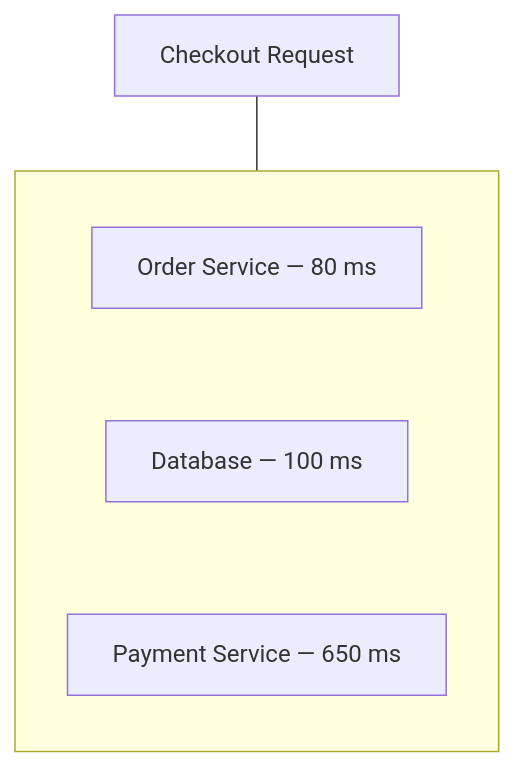
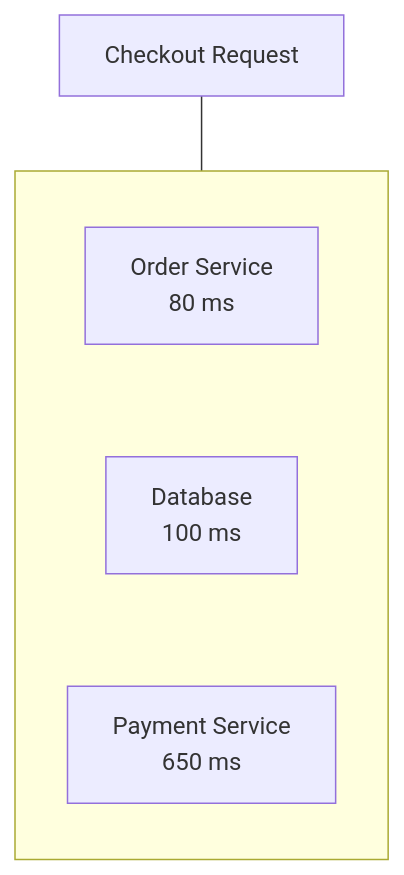
One commit to gitussr/systemly changed the fourth of 11 diagrams in content/10-observability/10.01-observability-fundamentals.md. Above: the diagram before and after it, drawn with Mermaid. The commit also changed 1 other file, not shown here.

Commit message:
10.01, 10.03: put span durations on their own line in trace diagrams
"Validate Cart — 50 ms" wrapped mid-value at 390px; labels now read
"Validate Cart" / "50 ms".

````diff
--- a/content/10-observability/10.01-observability-fundamentals.md
+++ b/content/10-observability/10.01-observability-fundamentals.md
@@ -135,10 +135,10 @@
 ```mermaid
 flowchart TD
   accTitle: A trace
   accDescr: A checkout request spends 80 ms in the order service, 100 ms in the database and 650 ms in the payment service.
   C["Checkout Request"] --- G
   subgraph G[" "]
     direction TB
-    I0["Order Service — 80 ms"] ~~~ I1["Database — 100 ms"] ~~~ I2["Payment Service — 650 ms"]
+    I0["Order Service<br/>80 ms"] ~~~ I1["Database<br/>100 ms"] ~~~ I2["Payment Service<br/>650 ms"]
   end
 ```
````
